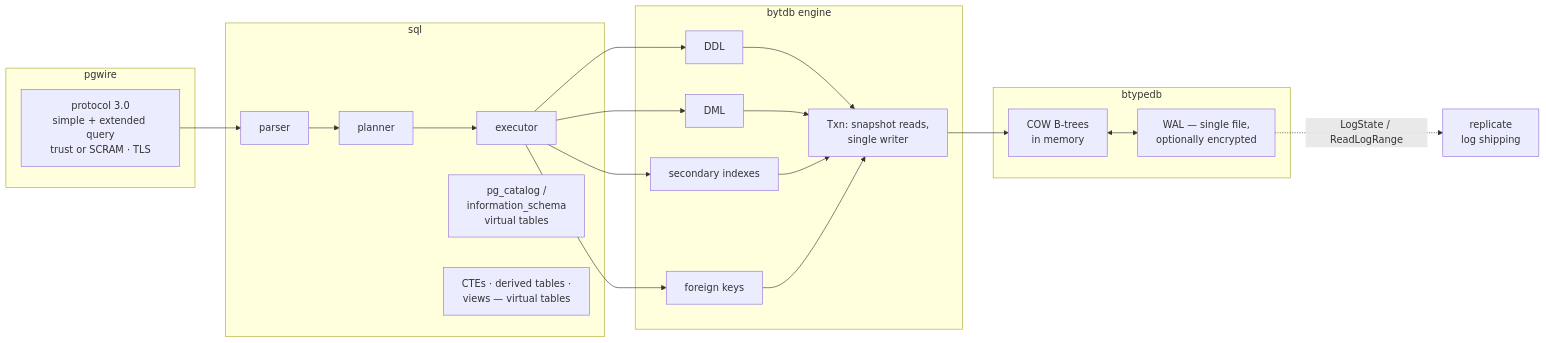
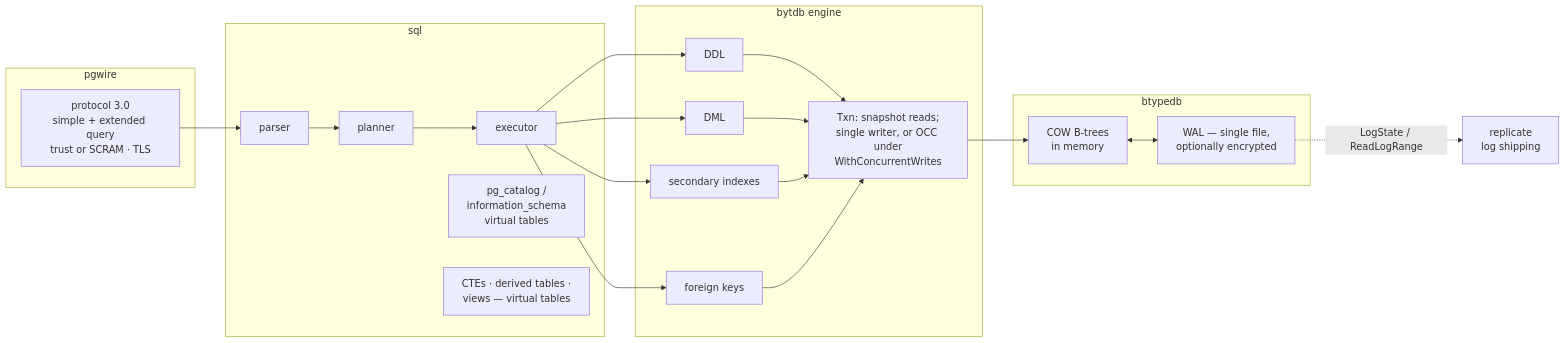
Before and after one commit to rohanthewiz/bytdb: the first of 9 diagrams in docs/architecture.md, drawn with Mermaid. The commit also changed other lines of this file and 7 other files, not shown here.

````diff
--- a/docs/architecture.md
+++ b/docs/architecture.md
@@ -11,22 +13,22 @@
 ```mermaid
 flowchart LR
     subgraph wire ["pgwire"]
         proto[protocol 3.0<br/>simple + extended query<br/>trust or SCRAM · TLS]
     end
     subgraph sqlpkg ["sql"]
         parse[parser] --> plan[planner] --> exec[executor]
         syscat[pg_catalog /<br/>information_schema<br/>virtual tables]
         vt[CTEs · derived tables ·<br/>views — virtual tables]
     end
     subgraph engine ["bytdb engine"]
-        ddl[DDL] & dml[DML] & idx[secondary indexes] & fk[foreign keys] --> txn[Txn: snapshot reads,<br/>single writer]
+        ddl[DDL] & dml[DML] & idx[secondary indexes] & fk[foreign keys] --> txn[Txn: snapshot reads;<br/>single writer, or OCC under<br/>WithConcurrentWrites]
     end
     subgraph kvstore ["btypedb"]
         cow[COW B-trees<br/>in memory] <--> wal[WAL — single file,<br/>optionally encrypted]
     end
     rep[replicate<br/>log shipping]
     proto --> parse
     exec --> ddl & dml & idx & fk
     txn --> cow
     wal -.->|LogState / ReadLogRange| rep
 ```
````
